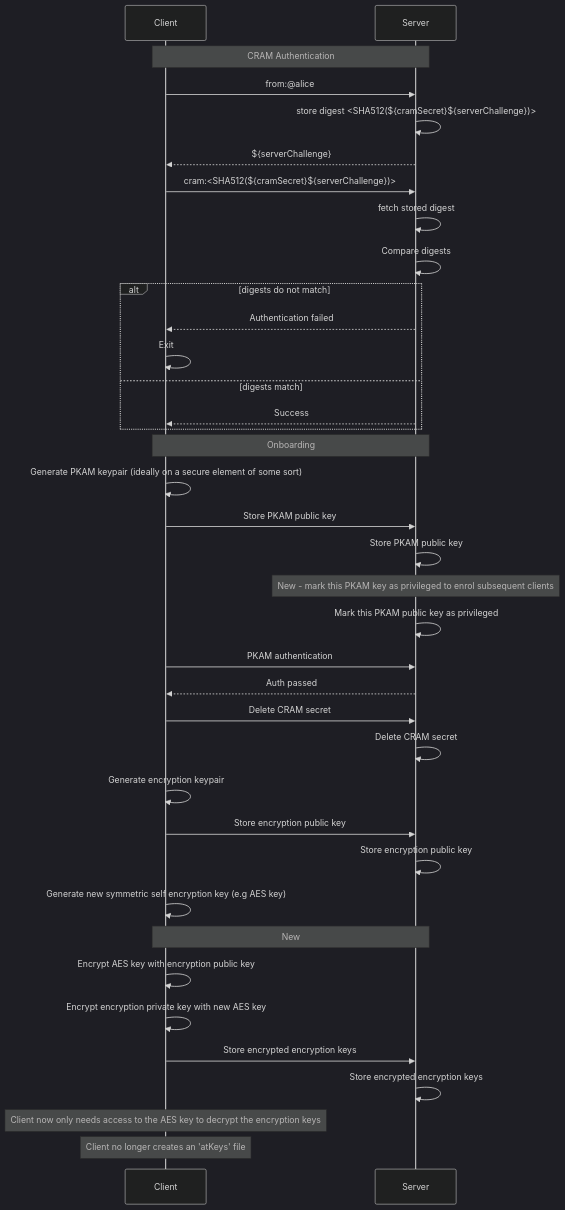
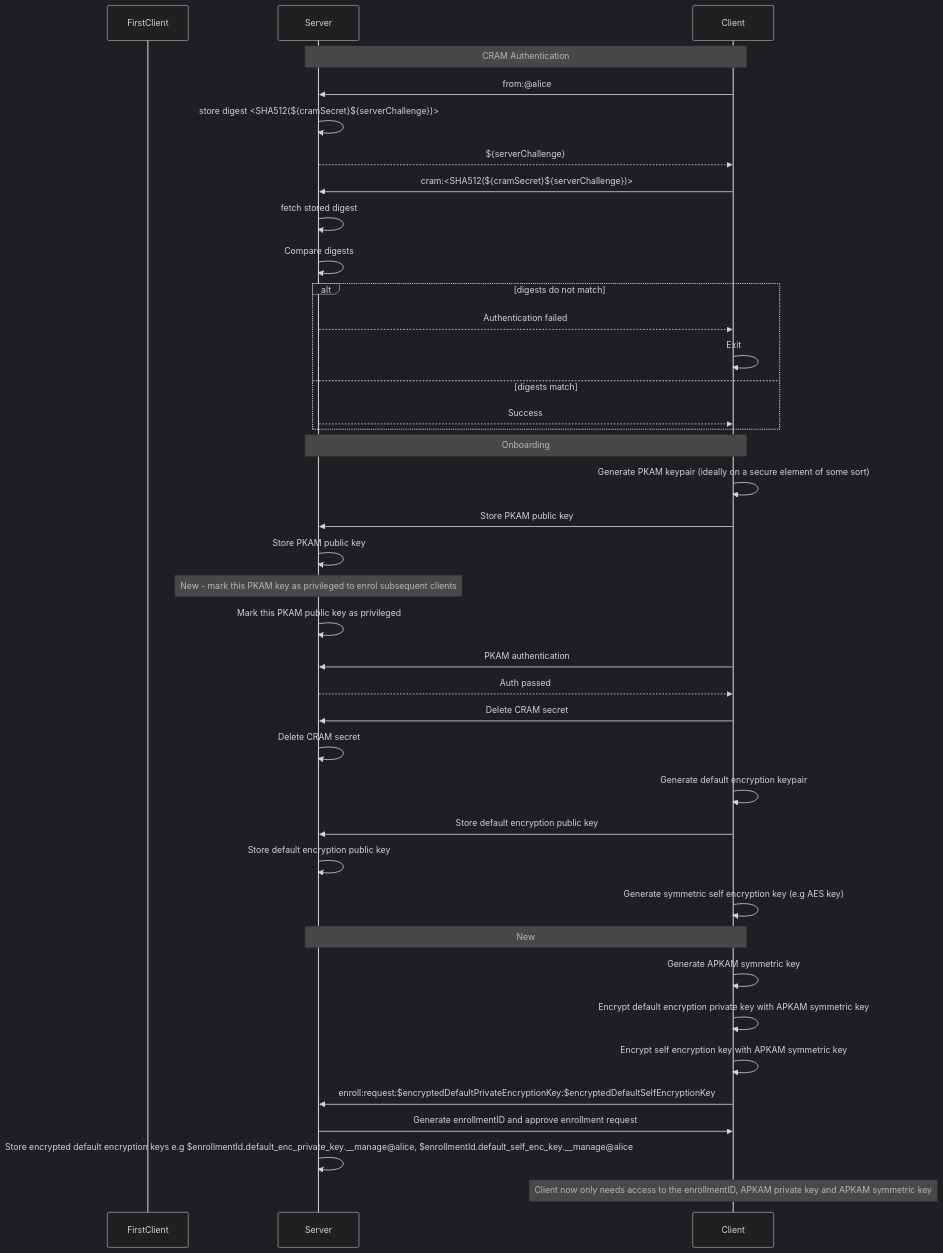
One commit to atsign-foundation/at_protocol changed the second of 3 diagrams in decisions/2023-01-pkam-per-app-and-device.md. Above: the diagram before and after it, drawn with Mermaid (dark theme). The commit also changed other lines of this file, not shown here.

Commit message:
fix: intial onboarding sequence flow

````diff
--- a/decisions/2023-01-pkam-per-app-and-device.md
+++ b/decisions/2023-01-pkam-per-app-and-device.md
@@ -334,42 +335,43 @@
 ```mermaid
 sequenceDiagram
-    participant Client
+    participant FirstClient
     participant Server
 
     note over Client,Server: CRAM Authentication
 
     Client->>Server: from:@alice
     Server->>Server: store digest <SHA512(${cramSecret}${serverChallenge})>
     Server-->>Client: ${serverChallenge}
     Client->>Server: cram:<SHA512(${cramSecret}${serverChallenge})>
     Server->>Server: fetch stored digest
     Server->>Server: Compare digests
     alt digests do not match
         Server-->>Client: Authentication failed
         Client->>Client: Exit
     else digests match
         Server-->>Client: Success
     end
 
     note over Client,Server: Onboarding
     Client->>Client: Generate PKAM keypair (ideally on a secure element of some sort)
     Client->>Server: Store PKAM public key
     Server->>Server: Store PKAM public key
     note over Server: New - mark this PKAM key as privileged to enrol subsequent clients
     Server->>Server: Mark this PKAM public key as privileged
     Client->>Server: PKAM authentication
     Server-->>Client: Auth passed
     Client->>Server: Delete CRAM secret
     Server->>Server: Delete CRAM secret
-    Client->>Client: Generate encryption keypair
-    Client->>Server: Store encryption public key
-    Server->>Server: Store encryption public key
-    Client->>Client: Generate new symmetric self encryption key (e.g AES key)
+    Client->>Client: Generate default encryption keypair
+    Client->>Server: Store default encryption public key
+    Server->>Server: Store default encryption public key
+    Client->>Client: Generate symmetric self encryption key (e.g AES key)
     note over Client,Server: New
-    Client->>Client: Encrypt AES key with encryption public key     
-    Client->>Client: Encrypt encryption private key with new AES key
-    Client->>Server: Store encrypted encryption keys
-    Server->>Server: Store encrypted encryption keys
-    note over Client: Client now only needs access to the AES key to decrypt the encryption keys
-    note over Client: Client no longer creates an 'atKeys' file
+    Client->>Client: Generate APKAM symmetric key     
+    Client->>Client: Encrypt default encryption private key with APKAM symmetric key
+    Client->>Client: Encrypt self encryption key with APKAM symmetric key
+    Client->>Server: enroll:request:$encryptedDefaultPrivateEncryptionKey:$encryptedDefaultSelfEncryptionKey
+    Server->>Client: Generate enrollmentID and approve enrollment request 
+    Server->>Server: Store encrypted default encryption keys e.g $enrollmentId.default_enc_private_key.__manage@alice, $enrollmentId.default_self_enc_key.__manage@alice
+    note over Client: Client now only needs access to the enrollmentID, APKAM private key and APKAM symmetric key 
 ```
````
